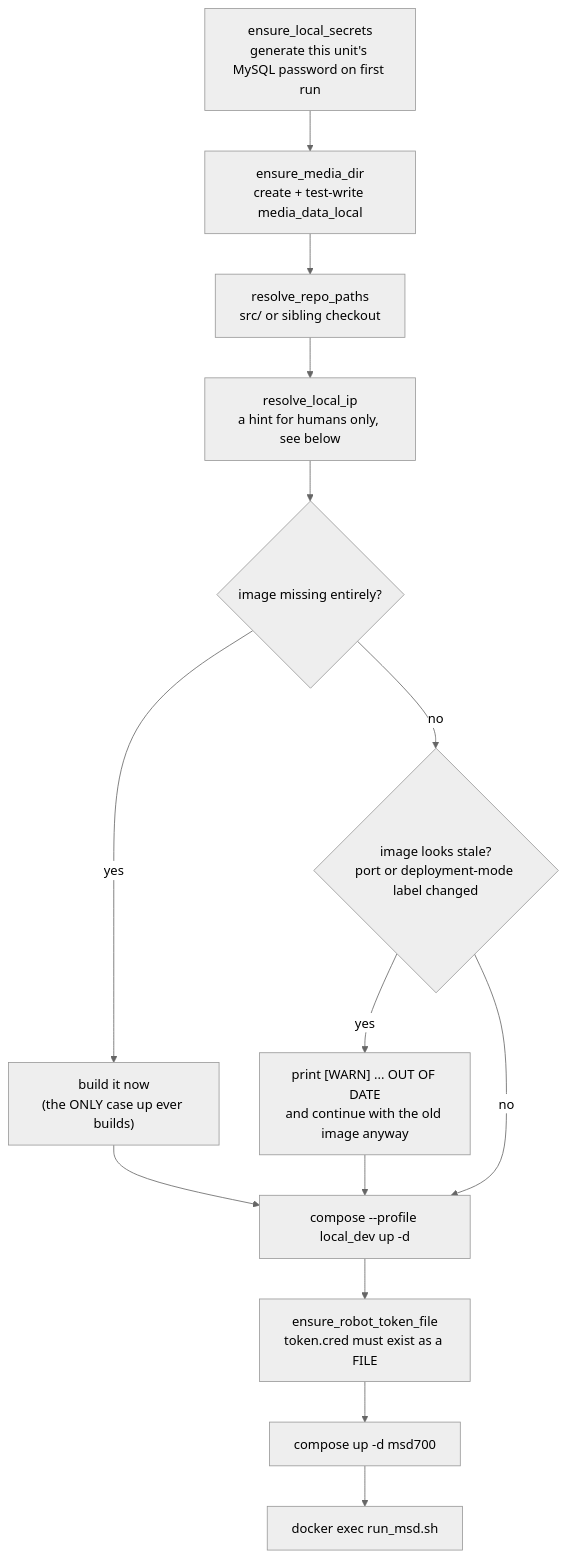
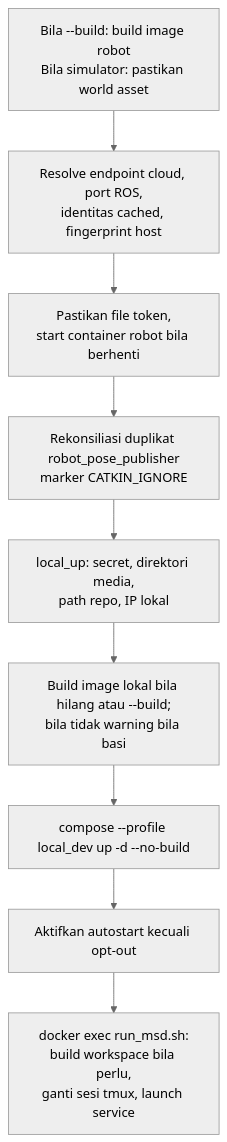
One commit to itbdelaboprogramming/msd700_documentation changed the second of 2 diagrams in docs/id/setup/docker-reference.md. Above: the diagram before and after it, drawn with Mermaid (neutral theme). The commit also changed other lines of this file and 110 other files, not shown here.

````diff
--- a/docs/id/setup/docker-reference.md
+++ b/docs/id/setup/docker-reference.md
@@ -500,17 +412,11 @@
 ```mermaid
 flowchart TB
-  A["ensure_local_secrets<br/>generate this unit's MySQL password on first run"] --> B["ensure_media_dir<br/>create + test-write media_data_local"]
-  B --> C["resolve_repo_paths<br/>src/ or sibling checkout"]
-  C --> D["resolve_local_ip<br/>a hint for humans only, see below"]
-  D --> E{"image missing entirely?"}
-  E -->|yes| F["build it now<br/>(the ONLY case up ever builds)"]
-  E -->|no| G{"image looks stale?<br/>port or deployment-mode label changed"}
-  G -->|yes| W["print [WARN] ... OUT OF DATE<br/>and continue with the old image anyway"]
-  G -->|no| I
-  F --> I
-  W --> I
-  I["compose --profile local_dev up -d"]
-  I --> J["ensure_robot_token_file<br/>token.cred must exist as a FILE"]
-  J --> K["compose up -d msd700"]
-  K --> L["docker exec run_msd.sh"]
+  A["Bila --build: build image robot<br/>Bila simulator: pastikan world asset"] --> B["Resolve endpoint cloud, port ROS,<br/>identitas cached, fingerprint host"]
+  B --> C["Pastikan file token,<br/>start container robot bila berhenti"]
+  C --> D["Rekonsiliasi duplikat robot_pose_publisher<br/>marker CATKIN_IGNORE"]
+  D --> E["local_up: secret, direktori media,<br/>path repo, IP lokal"]
+  E --> F["Build image lokal bila hilang atau --build;<br/>bila tidak warning bila basi"]
+  F --> G["compose --profile local_dev up -d --no-build"]
+  G --> H["Aktifkan autostart kecuali opt-out"]
+  H --> I["docker exec run_msd.sh:<br/>build workspace bila perlu,<br/>ganti sesi tmux, launch service"]
 ```
````
